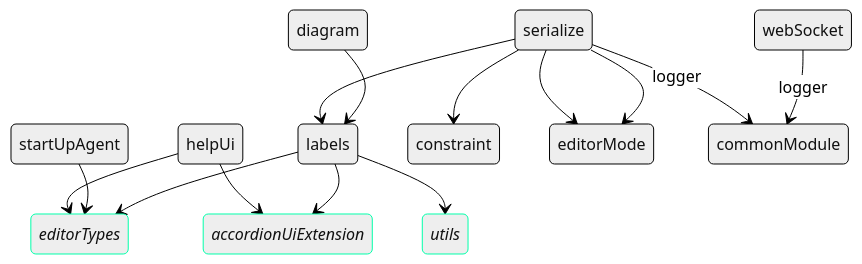
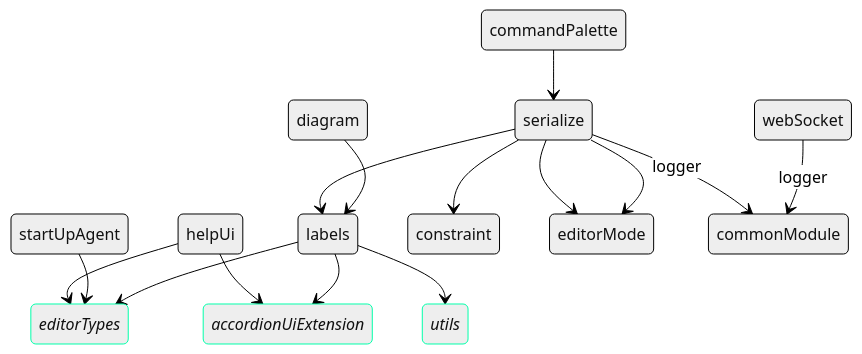
One commit to DataFlowAnalysis/OnlineEditor changed the diagram in frontend/webEditor/dependencyGraph.md. Above: the diagram before and after it, drawn with Mermaid (neutral theme). The commit also changed 5 other files, not shown here.

Commit message:
copy old command palette

````diff
--- a/frontend/webEditor/dependencyGraph.md
+++ b/frontend/webEditor/dependencyGraph.md
@@ -1,34 +1,36 @@
 ```mermaid
 stateDiagram-v2
-
     
     helpUi --> accordionUiExtension
     helpUi --> editorTypes
     startUpAgent --> editorTypes
     labels --> utils
     labels --> editorTypes
     labels --> accordionUiExtension
 
     serialize --> labels
     serialize --> constraint
     serialize --> editorMode
     serialize --> commonModule: logger
 
     serialize --> editorMode
     
     diagram --> labels
 
     webSocket --> commonModule: logger
 
+    commandPalette --> serialize
+
 %%    [*] --> commonModule
 %%    [*] --> labels
 %%    [*] --> serialize
 %%    [*] --> editorMode
 %%    [*] --> diagram
 %%    [*] --> webSocket
 %%    [*] --> helpUi
 %%    [*] --> startUpAgent
+%%    [*] --> commandPalette
 
     classDef diLess font-style:italic,stroke:#0fa
     class accordionUiExtension,editorTypes,utils diLess
 ```
````
